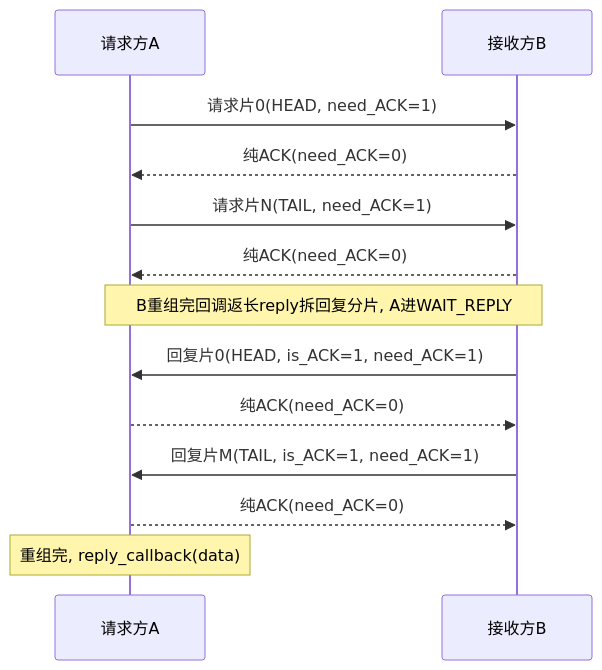
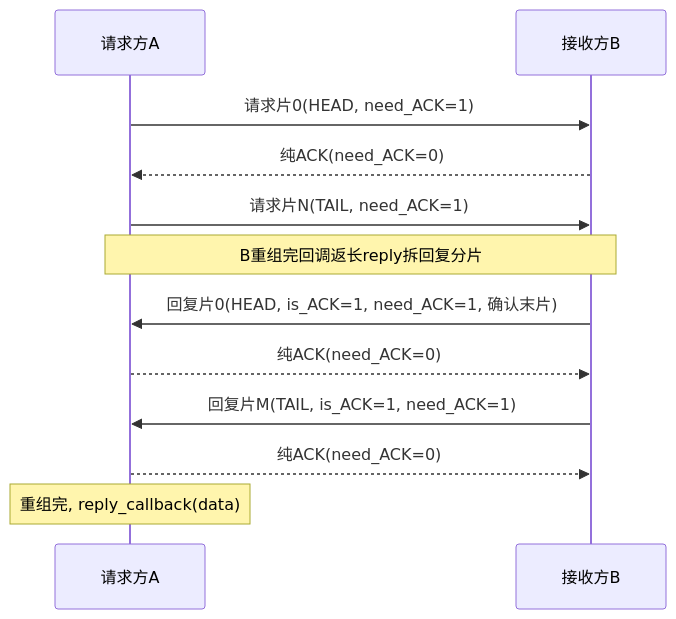
One commit to Siaiai/ObsidianNote changed the sixth of 13 diagrams in 工作/项目/代码/260401S3分拣面板-SIA-R9000P.md. Above: the diagram before and after it, drawn with Mermaid. The commit also changed other lines of this file, not shown here.

````diff
--- a/工作/项目/代码/260401S3分拣面板-SIA-R9000P.md
+++ b/工作/项目/代码/260401S3分拣面板-SIA-R9000P.md
@@ -176,15 +173,14 @@
 ```mermaid
 sequenceDiagram
     participant A as 请求方A
     participant B as 接收方B
     A->>B: 请求片0(HEAD, need_ACK=1)
     B-->>A: 纯ACK(need_ACK=0)
     A->>B: 请求片N(TAIL, need_ACK=1)
-    B-->>A: 纯ACK(need_ACK=0)
-    Note over A,B: B重组完回调返长reply拆回复分片, A进WAIT_REPLY
-    B->>A: 回复片0(HEAD, is_ACK=1, need_ACK=1)
+    Note over A,B: B重组完回调返长reply拆回复分片
+    B->>A: 回复片0(HEAD, is_ACK=1, need_ACK=1, 确认末片)
     A-->>B: 纯ACK(need_ACK=0)
     B->>A: 回复片M(TAIL, is_ACK=1, need_ACK=1)
     A-->>B: 纯ACK(need_ACK=0)
     Note over A: 重组完, reply_callback(data)
 ```
````
